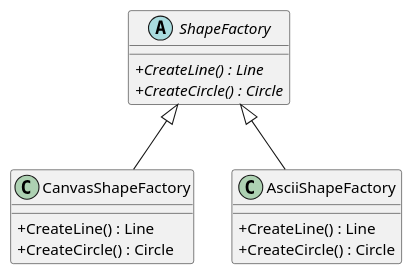
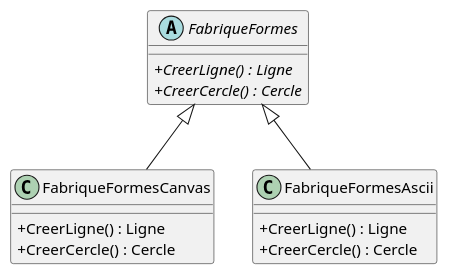
Before and after one commit to profdenis/3n1_doc: the second of 2 diagrams in docs/section6/03_creation1_fabrique.md, drawn with PlantUML. The commit also changed other lines of this file and 39 other files, not shown here.

````diff
--- a/docs/section6/03_creation1_fabrique.md
+++ b/docs/section6/03_creation1_fabrique.md
@@ -105,23 +123,23 @@
 ```puml
 @startuml
 skinparam classAttributeIconSize 0
 
-abstract class ShapeFactory {
-   +{abstract} CreateLine() : Line
-   +{abstract} CreateCircle() : Circle
+abstract class FabriqueFormes {
+   +{abstract} CreerLigne() : Ligne
+   +{abstract} CreerCercle() : Cercle
 }
 
-class CanvasShapeFactory {
-   +CreateLine() : Line
-   +CreateCircle() : Circle
+class FabriqueFormesCanvas {
+   +CreerLigne() : Ligne
+   +CreerCercle() : Cercle
 }
-ShapeFactory <|-- CanvasShapeFactory
+FabriqueFormes <|-- FabriqueFormesCanvas
 
-class AsciiShapeFactory {
-   +CreateLine() : Line
-   +CreateCircle() : Circle
+class FabriqueFormesAscii {
+   +CreerLigne() : Ligne
+   +CreerCercle() : Cercle
 }
-ShapeFactory <|-- AsciiShapeFactory
+FabriqueFormes <|-- FabriqueFormesAscii
 
 @enduml
 ```
````
